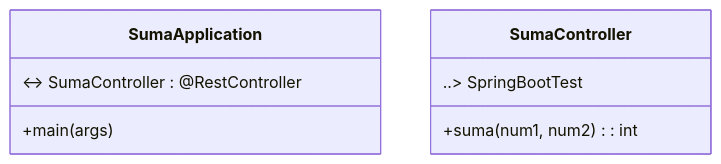
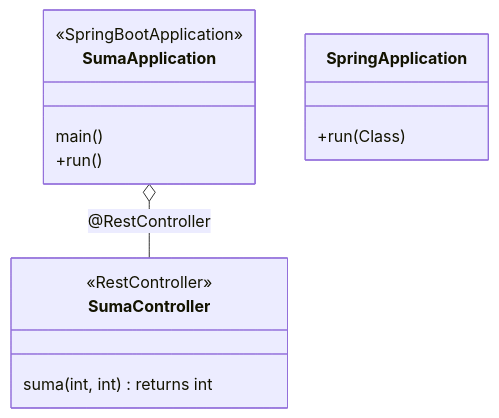
The diagram in SumaProject/docs/diagrama.mmd (natperh/newCodes), drawn with Mermaid before and after one commit. The commit also changed 2 other files, not shown here.

```diff
--- a/SumaProject/docs/diagrama.mmd
+++ b/SumaProject/docs/diagrama.mmd
@@ -1,10 +1,17 @@
 classDiagram
     class SumaApplication {
-        +main(args)
-        <-> SumaController : @RestController
+        <<SpringBootApplication>>
+        main()
+        +run()
     }
 
     class SumaController {
-        +suma(num1, num2) : int
-        ..> SpringBootTest
+        <<RestController>>
+        suma(int, int) returns int
     }
+
+    SumaApplication o-- SumaController : @RestController
+
+    class SpringApplication {
+        +run(Class)
+    }
```
